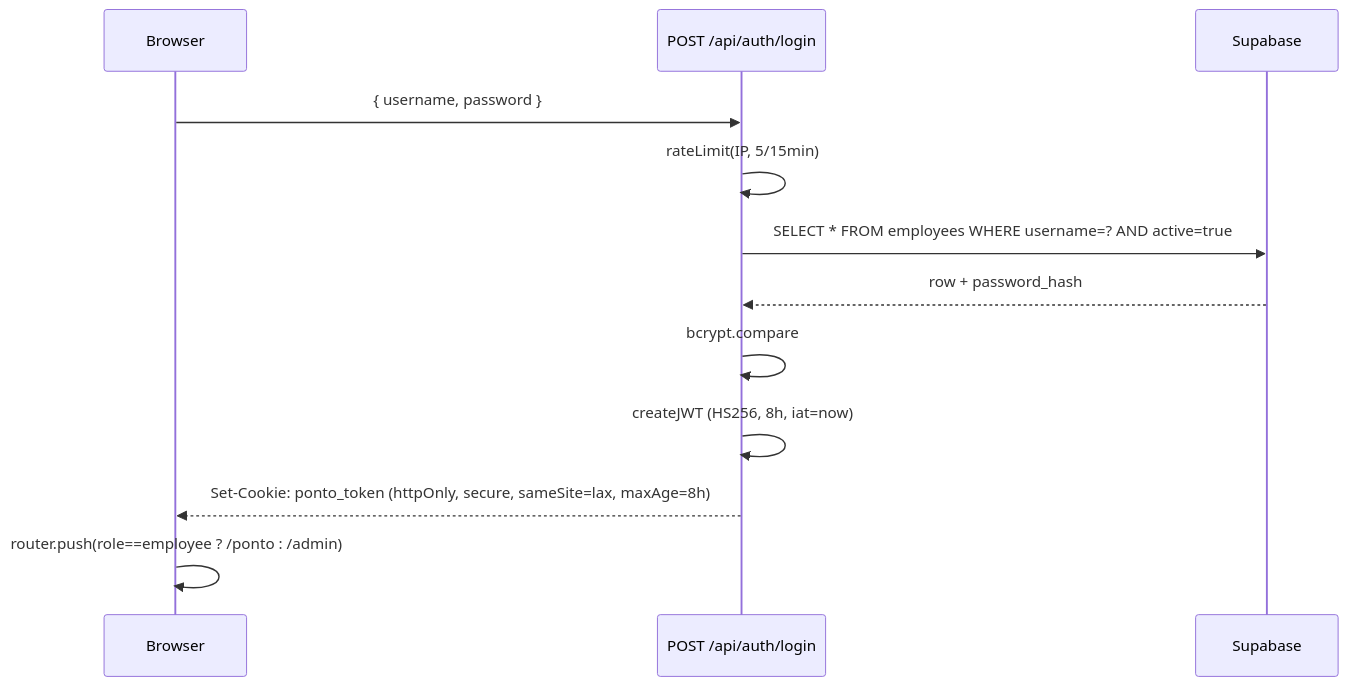
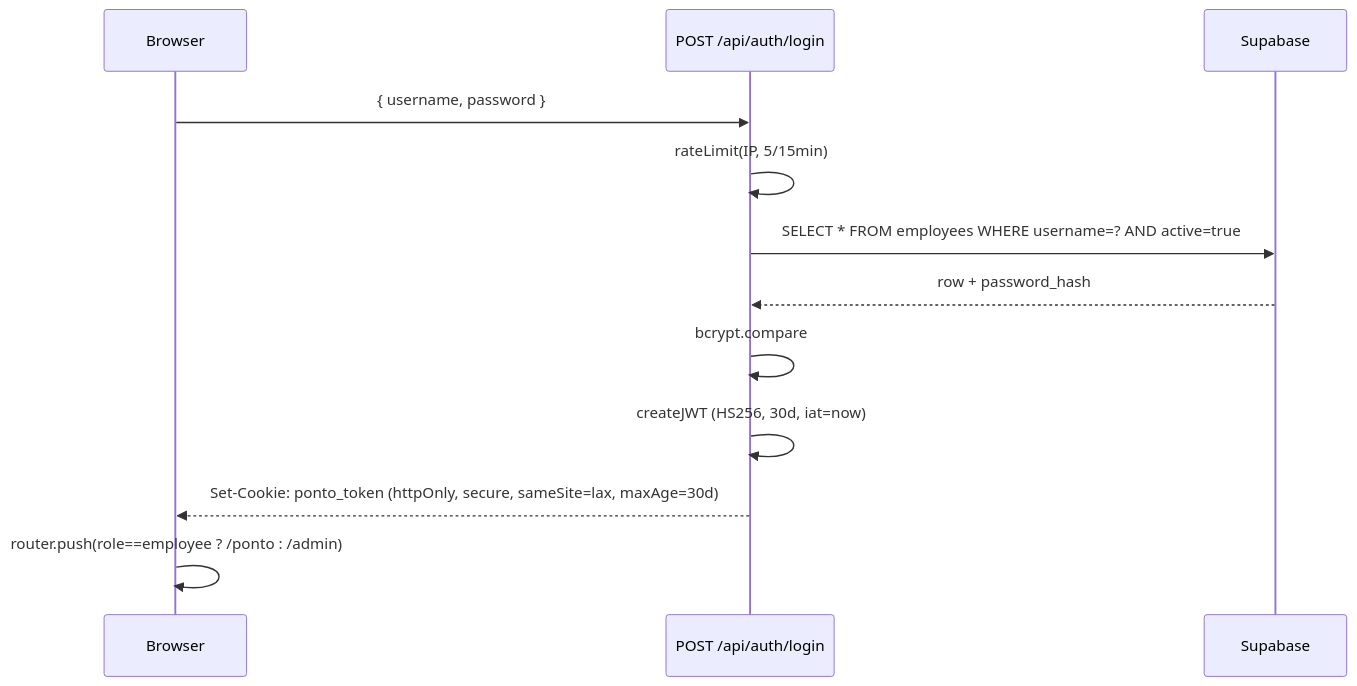
Before and after one commit to felipeocgusmao/ponto-glass-next: the second of 10 diagrams in docs/ARCHITECTURE.md, drawn with Mermaid. The commit also changed other lines of this file and 7 other files, not shown here.

````diff
--- a/docs/ARCHITECTURE.md
+++ b/docs/ARCHITECTURE.md
@@ -84,14 +84,14 @@
 ```mermaid
 sequenceDiagram
   participant U as Browser
   participant L as POST /api/auth/login
   participant DB as Supabase
   U->>L: { username, password }
   L->>L: rateLimit(IP, 5/15min)
   L->>DB: SELECT * FROM employees WHERE username=? AND active=true
   DB-->>L: row + password_hash
   L->>L: bcrypt.compare
-  L->>L: createJWT (HS256, 8h, iat=now)
-  L-->>U: Set-Cookie: ponto_token (httpOnly, secure, sameSite=lax, maxAge=8h)
+  L->>L: createJWT (HS256, 30d, iat=now)
+  L-->>U: Set-Cookie: ponto_token (httpOnly, secure, sameSite=lax, maxAge=30d)
   U->>U: router.push(role==employee ? /ponto : /admin)
 ```
````
